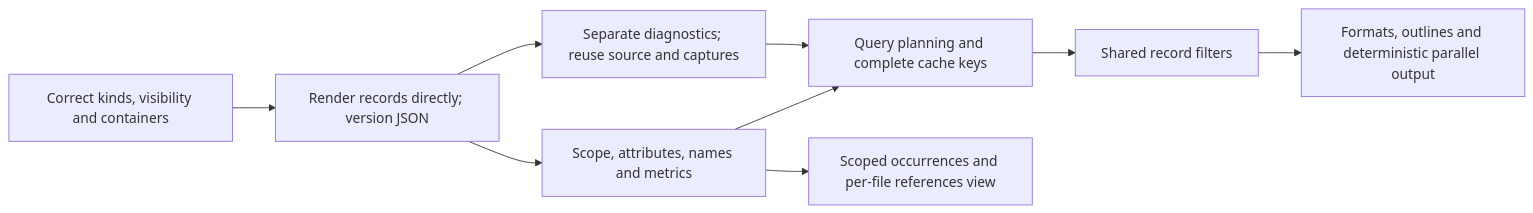
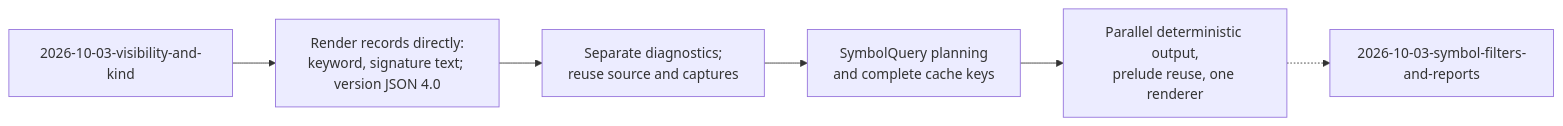
Before and after one commit to yankeeinlondon/rusty-biscuit: the second of 2 diagrams in tree-hugger/features/2026-10-03-symbol-improvements/spec.md, drawn with Mermaid. The commit also changed other lines of this file and 6 other files, not shown here.

First line of the commit message:
planning(tree-hugger): split symbol-improvements into foundation + filters/reports + 5 unscheduled

````diff
--- a/tree-hugger/features/2026-10-03-symbol-improvements/spec.md
+++ b/tree-hugger/features/2026-10-03-symbol-improvements/spec.md
@@ -849,11 +525,8 @@
 ```mermaid
 flowchart LR
-    FIX["Correct kinds, visibility and containers"] --> V2["Render records directly; version JSON"]
-    V2 --> PERF["Separate diagnostics; reuse source and captures"]
-    V2 --> META["Scope, attributes, names and metrics"]
-    PERF --> Q["Query planning and complete cache keys"]
-    META --> Q
-    Q --> FILT["Shared record filters"]
-    FILT --> REP["Formats, outlines and deterministic parallel output"]
-    META --> REF["Scoped occurrences and per-file references view"]
+    FIX["2026-10-03-visibility-and-kind"] --> V2["Render records directly:<br/>keyword, signature text; version JSON 4.0"]
+    V2 --> PERF["Separate diagnostics;<br/>reuse source and captures"]
+    PERF --> Q["SymbolQuery planning<br/>and complete cache keys"]
+    Q --> OUT["Parallel deterministic output,<br/>prelude reuse, one renderer"]
+    OUT -.-> F2["2026-10-03-symbol-filters-and-reports"]
 ```
````
